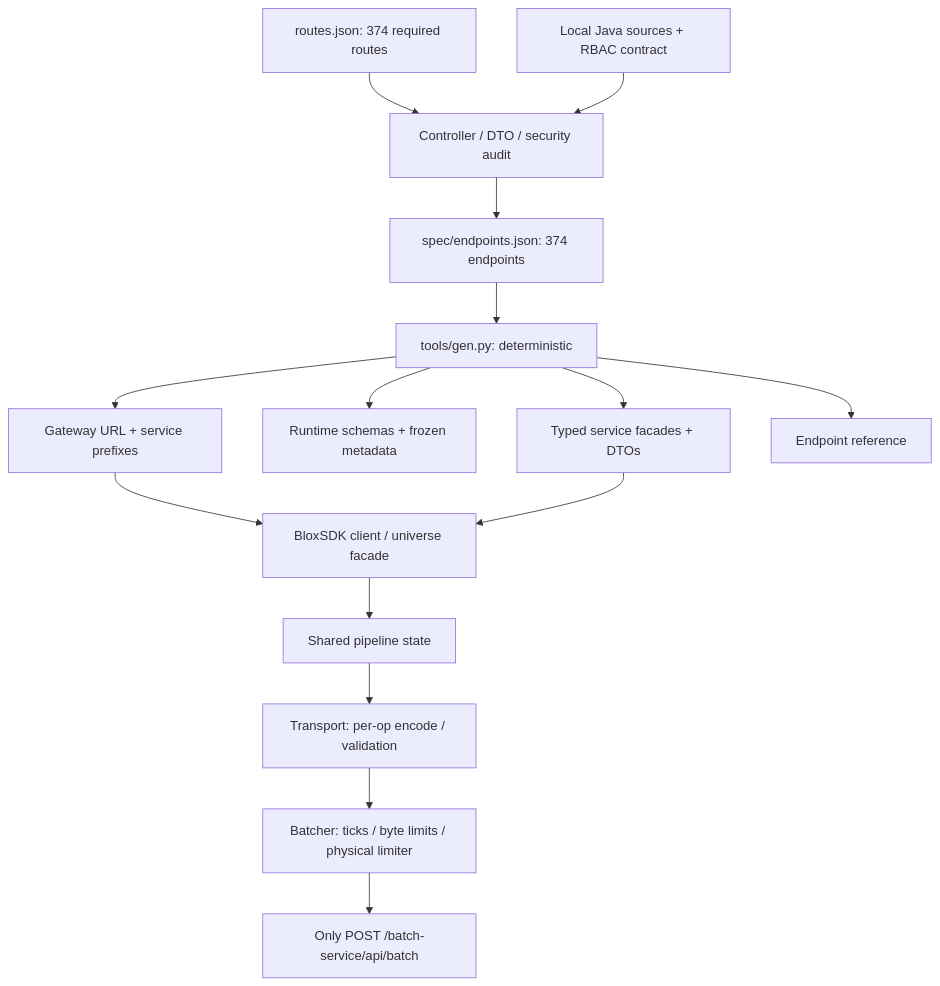
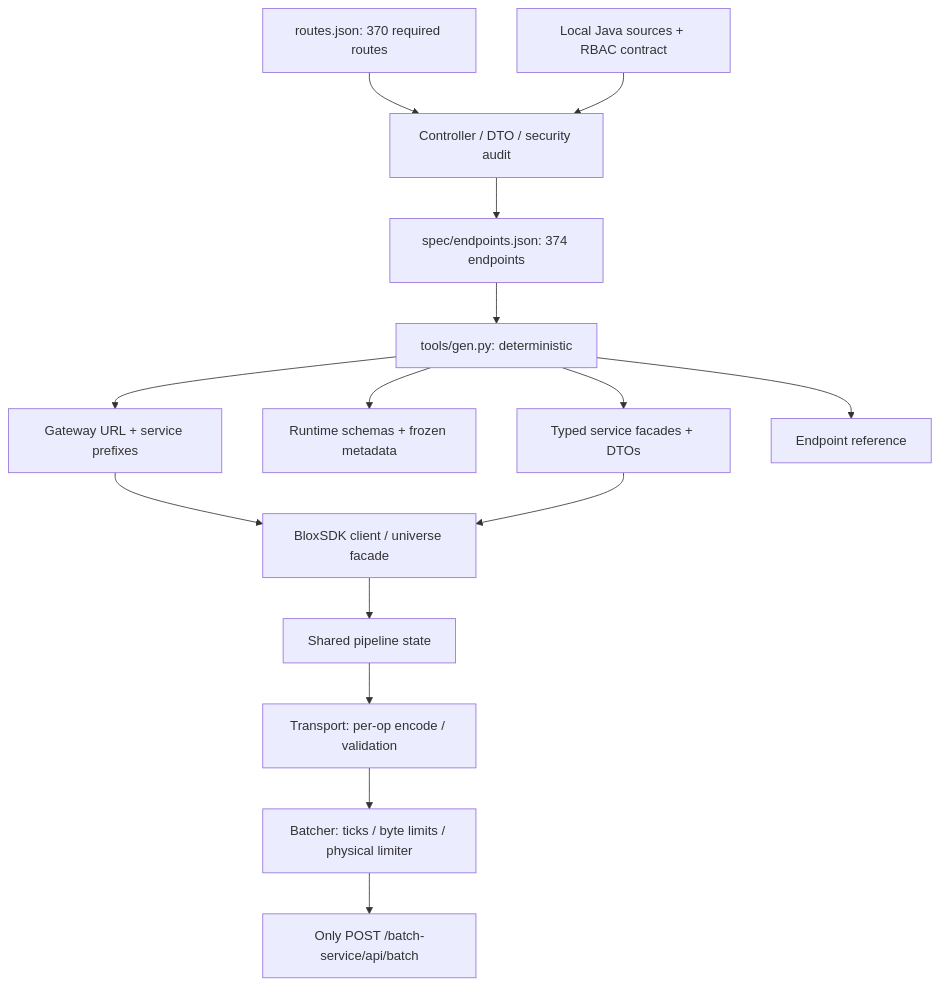
The second of 2 diagrams in docs/ARCHITECTURE.md (samjay22/blox-sdk), drawn with Mermaid before and after one commit. The commit also changed 38 other files, not shown here.

````diff
--- a/docs/ARCHITECTURE.md
+++ b/docs/ARCHITECTURE.md
@@ -32,17 +32,17 @@
 ```mermaid
 flowchart TD
-  Routes[routes.json: 374 required routes] --> Audit[Controller / DTO / security audit]
+  Routes[routes.json: 370 required routes] --> Audit[Controller / DTO / security audit]
   Java[Local Java sources + RBAC contract] --> Audit
   Audit --> Spec[spec/endpoints.json: 374 endpoints]
   Spec --> Generator[tools/gen.py: deterministic]
   Generator --> Services[Typed service facades + DTOs]
   Generator --> Schemas[Runtime schemas + frozen metadata]
   Generator --> Routing[Gateway URL + service prefixes]
   Routing --> Client
   Generator --> Reference[Endpoint reference]
   Services --> Client[BloxSDK client / universe facade]
   Client --> Pipeline[Shared pipeline state]
   Pipeline --> Transport[Transport: per-op encode / validation]
   Transport --> Batcher[Batcher: ticks / byte limits / physical limiter]
   Batcher --> Backend[Only POST /batch-service/api/batch]
 ```
````
